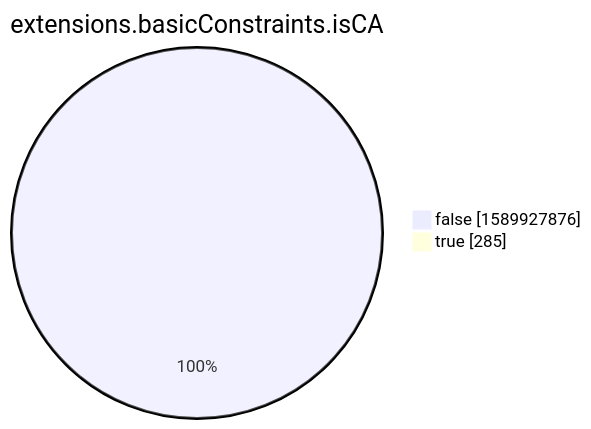
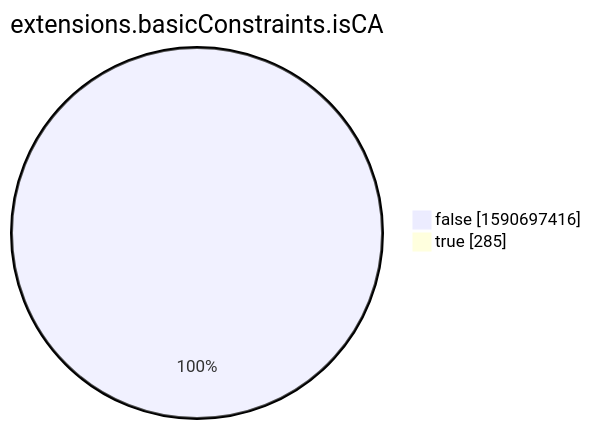
One commit to christiankrug/ctmonitor_visualization changed the eighth of 15 diagrams in xenon2022/README.md. Above: the diagram before and after it, drawn with Mermaid. The commit also changed other lines of this file, not shown here.

````diff
--- a/xenon2022/README.md
+++ b/xenon2022/README.md
@@ -2862,6 +2862,6 @@
 ```mermaid
 pie showData
 title extensions.basicConstraints.isCA
-"false" :1589927876
+"false" :1590697416
 "true" :285
 ```
````
